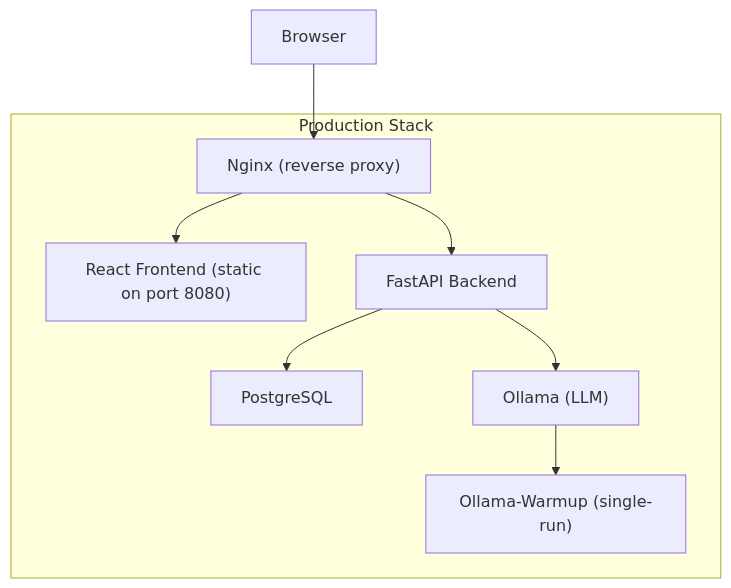
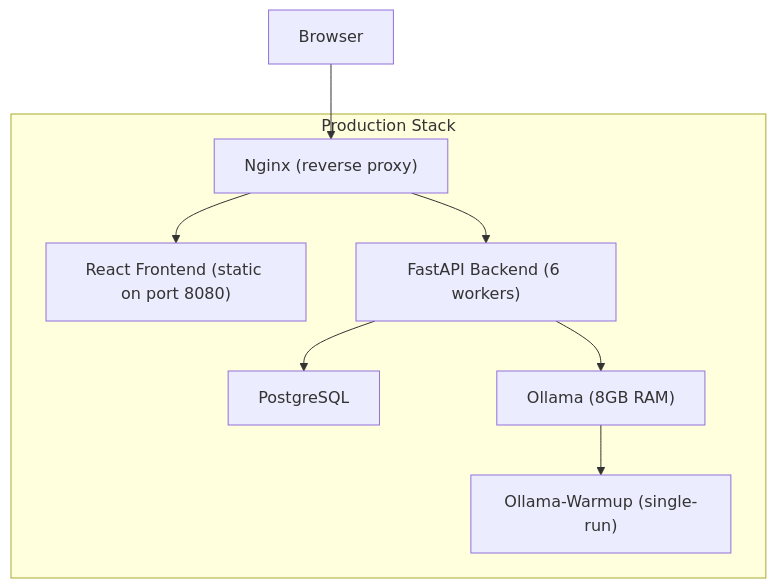
The first of 5 diagrams in .qoder/repowiki/en/content/Deployment & DevOps/Production Deployment.md (Revanththetalogics/aireume), drawn with Mermaid before and after one commit. The commit also changed other lines of this file and 6 other files, not shown here.

````diff
--- a/.qoder/repowiki/en/content/Deployment & DevOps/Production Deployment.md
+++ b/.qoder/repowiki/en/content/Deployment & DevOps/Production Deployment.md
@@ -55,17 +59,17 @@
 ```mermaid
 graph TB
 subgraph "Production Stack"
 NGINX["Nginx (reverse proxy)"]
 FRONT["React Frontend (static on port 8080)"]
-BACK["FastAPI Backend"]
+BACK["FastAPI Backend (6 workers)"]
 DB["PostgreSQL"]
-OLL["Ollama (LLM)"]
+OLL["Ollama (8GB RAM)"]
 WARM["Ollama-Warmup (single-run)"]
 end
 CLIENT["Browser"] --> NGINX
 NGINX --> FRONT
 NGINX --> BACK
 BACK --> DB
 BACK --> OLL
 OLL --> WARM
 ```
````
